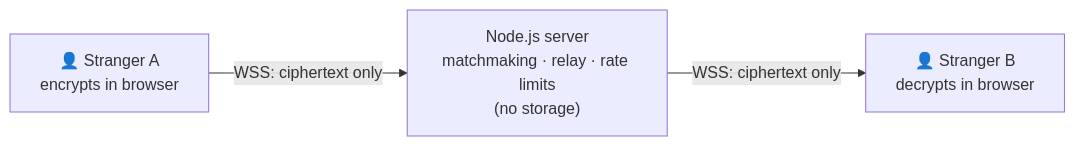
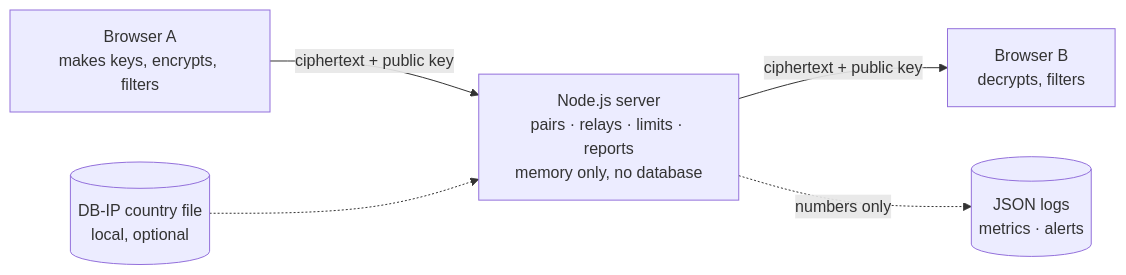
One commit to futuresfsake/realtime-chat changed the diagram in README.md. Above: the diagram before and after it, drawn with Mermaid. The commit also changed other lines of this file and 16 other files, not shown here.

````diff
--- a/README.md
+++ b/README.md
@@ -73,5 +35,7 @@
 ```mermaid
 flowchart LR
-    A["👤 Stranger A<br/>encrypts in browser"] -- "WSS: ciphertext only" --> S
-    S["Node.js server<br/>matchmaking · relay · rate limits<br/>(no storage)"] -- "WSS: ciphertext only" --> B["👤 Stranger B<br/>decrypts in browser"]
+    A["Browser A<br/>makes keys, encrypts, filters"] -- "ciphertext + public key" --> S
+    S["Node.js server<br/>pairs · relays · limits · reports<br/>memory only, no database"] -- "ciphertext + public key" --> B["Browser B<br/>decrypts, filters"]
+    S -. "numbers only" .-> L[("JSON logs<br/>metrics · alerts")]
+    G[("DB-IP country file<br/>local, optional")] -.-> S
 ```
````
